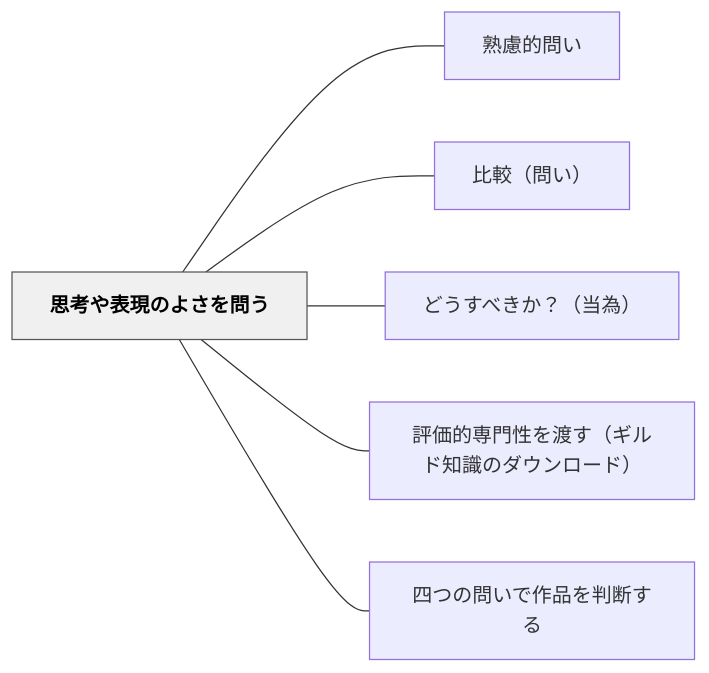
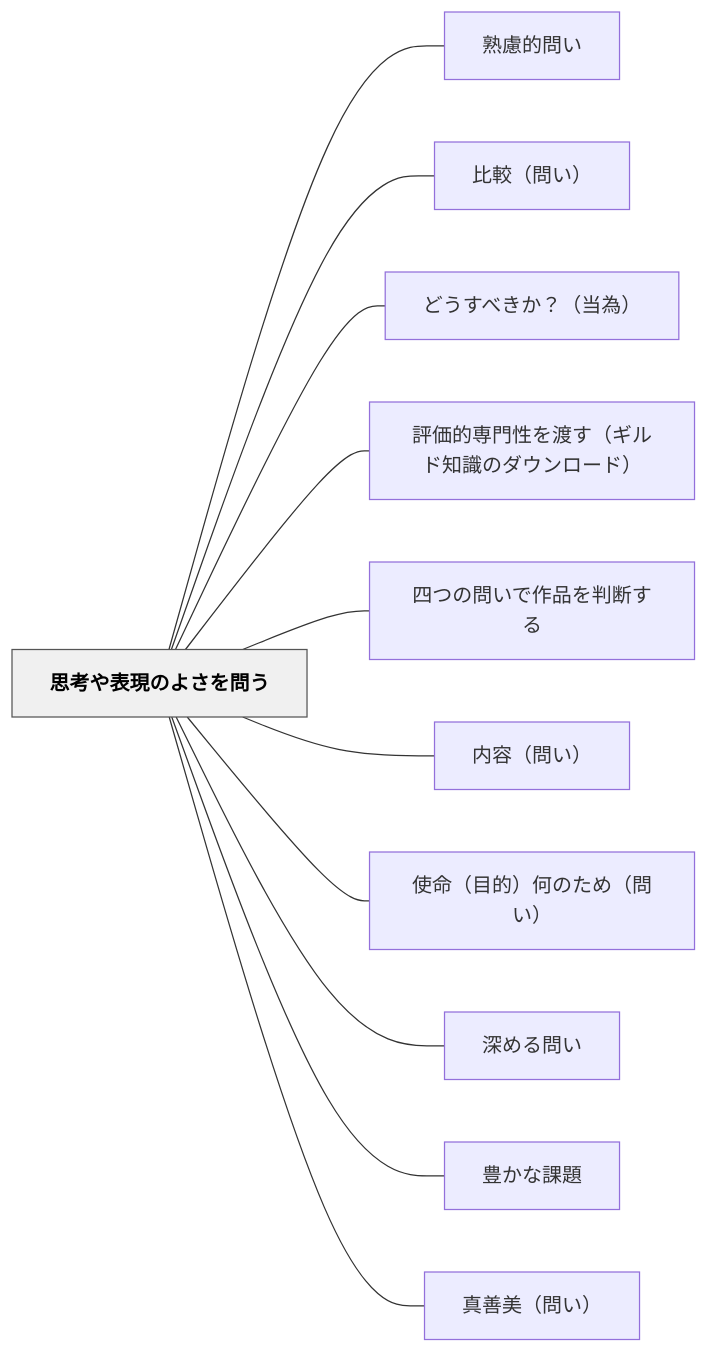
One commit to unknownthings-ed-patterns/unknownthings-ed-patterns changed the diagram in content/パタン/思考や表現のよさを問う.md. Above: the diagram before and after it, drawn with Mermaid. The commit also changed other lines of this file and 37 other files, not shown here.

````diff
--- a/content/パタン/思考や表現のよさを問う.md
+++ b/content/パタン/思考や表現のよさを問う.md
@@ -43,18 +57,28 @@
 ```mermaid
 flowchart LR
     ne6809de88083e38284e8a1a8e78fbee381aee38288e38195e38292e5958fe38186["思考や表現のよさを問う"]
     ne7869fe685aee79a84e5958fe38184["熟慮的問い"]
     ne6af94e8bc83efbc88e5958fe38184efbc89["比較（問い）"]
     ne381a9e38186e38199e381b9e3818de3818befbc9fefbc88e5bd93e782baefbc89["どうすべきか？（当為）"]
     ne8a995e4bea1e79a84e5b082e99680e680a7e38292e6b8a1e38199efbc88e382aee383abe38389e79fa5e8ad98e381aee38380e382a6e383b3e383ade383bce38389efbc89["評価的専門性を渡す（ギルド知識のダウンロード）"]
     ne59b9be381a4e381aee5958fe38184e381a7e4bd9ce59381e38292e588a4e696ade38199e3828b["四つの問いで作品を判断する"]
+    ne58685e5aeb9efbc88e5958fe38184efbc89["内容（問い）"]
+    ne4bdbfe591bdefbc88e79baee79a84efbc89e4bd95e381aee3819fe38281efbc88e5958fe38184efbc89["使命（目的）何のため（問い）"]
+    ne6b7b1e38281e3828be5958fe38184["深める問い"]
+    ne8b18ae3818be381aae8aab2e9a18c["豊かな課題"]
+    ne79c9fe59684e7be8eefbc88e5958fe38184efbc89["真善美（問い）"]
 
     ne6809de88083e38284e8a1a8e78fbee381aee38288e38195e38292e5958fe38186 --- ne7869fe685aee79a84e5958fe38184
     ne6809de88083e38284e8a1a8e78fbee381aee38288e38195e38292e5958fe38186 --- ne6af94e8bc83efbc88e5958fe38184efbc89
     ne6809de88083e38284e8a1a8e78fbee381aee38288e38195e38292e5958fe38186 --- ne381a9e38186e38199e381b9e3818de3818befbc9fefbc88e5bd93e782baefbc89
     ne6809de88083e38284e8a1a8e78fbee381aee38288e38195e38292e5958fe38186 --- ne8a995e4bea1e79a84e5b082e99680e680a7e38292e6b8a1e38199efbc88e382aee383abe38389e79fa5e8ad98e381aee38380e382a6e383b3e383ade383bce38389efbc89
     ne6809de88083e38284e8a1a8e78fbee381aee38288e38195e38292e5958fe38186 --- ne59b9be381a4e381aee5958fe38184e381a7e4bd9ce59381e38292e588a4e696ade38199e3828b
+    ne6809de88083e38284e8a1a8e78fbee381aee38288e38195e38292e5958fe38186 --- ne58685e5aeb9efbc88e5958fe38184efbc89
+    ne6809de88083e38284e8a1a8e78fbee381aee38288e38195e38292e5958fe38186 --- ne4bdbfe591bdefbc88e79baee79a84efbc89e4bd95e381aee3819fe38281efbc88e5958fe38184efbc89
+    ne6809de88083e38284e8a1a8e78fbee381aee38288e38195e38292e5958fe38186 --- ne6b7b1e38281e3828be5958fe38184
+    ne6809de88083e38284e8a1a8e78fbee381aee38288e38195e38292e5958fe38186 --- ne8b18ae3818be381aae8aab2e9a18c
+    ne6809de88083e38284e8a1a8e78fbee381aee38288e38195e38292e5958fe38186 --- ne79c9fe59684e7be8eefbc88e5958fe38184efbc89
 
     classDef hub fill:#f0f0f0,stroke:#555,color:#000,font-weight:bold
     class ne6809de88083e38284e8a1a8e78fbee381aee38288e38195e38292e5958fe38186 hub
 ```
````
